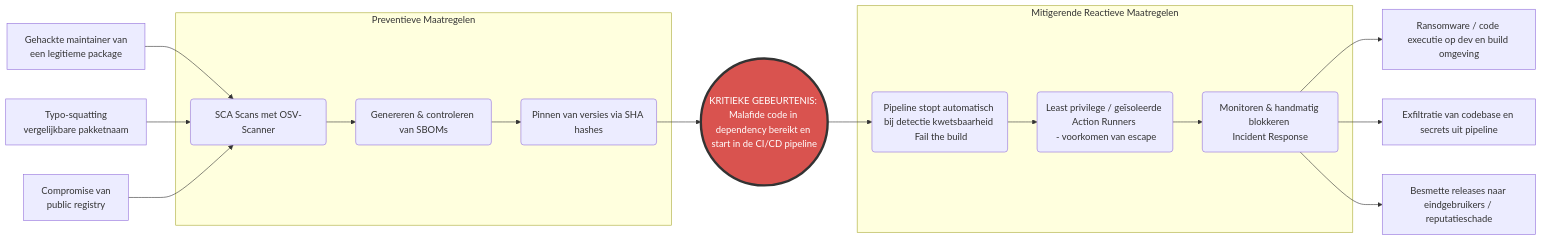
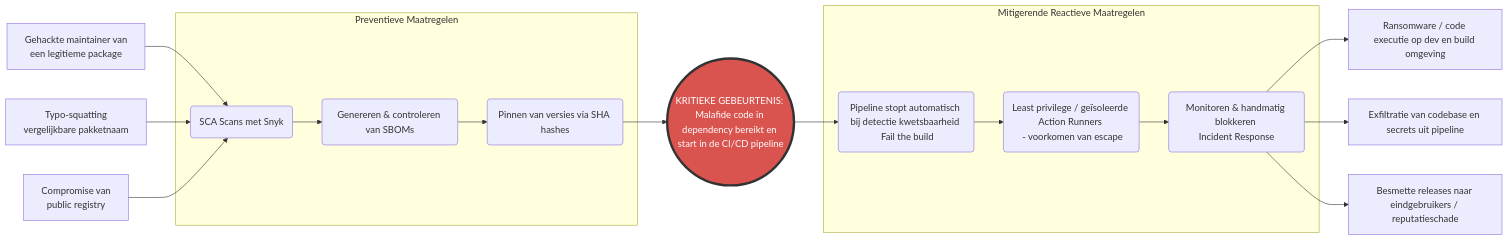
The diagram in docs/security/02-secure-pipelines/risico-evaluatie-cicd.md (GrannyGuard/webservices-rest-audit), drawn with Mermaid before and after one commit. The commit also changed other lines of this file and 1 other file, not shown here.

Commit message:
docs(audit): update pipeline docs to reflect Snyk SCA scanning
Pipeline-compliance traceability table and the CI/CD bow-tie now
reference Snyk Open Source instead of OSV-Scanner, matching the
sbom.yml workflow change.

````diff
--- a/docs/security/02-secure-pipelines/risico-evaluatie-cicd.md
+++ b/docs/security/02-secure-pipelines/risico-evaluatie-cicd.md
@@ -38,30 +38,30 @@
 ```mermaid
 graph LR
     %% Oorzaken
     O1[Gehackte maintainer van <br/>een legitieme package] --> B1
     O2[Typo-squatting <br/>vergelijkbare pakketnaam] --> B1
     O3[Compromise van <br/>public registry] --> B1
 
     %% Preventieve Barrières (Links)
     subgraph Preventieve_Maatregelen [Preventieve Maatregelen]
-        B1(SCA Scans met OSV-Scanner) --> B2(Genereren & controleren van SBOMs)
+        B1(SCA Scans met Snyk) --> B2(Genereren & controleren van SBOMs)
         B2 --> B3(Pinnen van versies via SHA hashes)
     end
 
     %% Top Event
     B3 --> TE((KRITIEKE GEBEURTENIS: <br/>Malafide code in dependency bereikt en start in de CI/CD pipeline))
 
     %% Reactieve Barrières (Rechts)
     TE --> M1
     subgraph Mitigerende_Maatregelen [Mitigerende Reactieve Maatregelen]
         M1(Pipeline stopt automatisch bij detectie kwetsbaarheid <br/> Fail the build) --> M2(Least privilege / geïsoleerde Action Runners <br/> - voorkomen van escape)
         M2 --> M3(Monitoren & handmatig blokkeren <br/>Incident Response)
     end
 
     %% Gevolgen
     M3 --> G1[Ransomware / code executie op dev en build omgeving]
     M3 --> G2[Exfiltratie van codebase en secrets uit pipeline]
     M3 --> G3[Besmette releases naar eindgebruikers / reputatieschade]
     
     style TE fill:#d9534f,stroke:#333,stroke-width:4px,color:#fff
 ```
````
